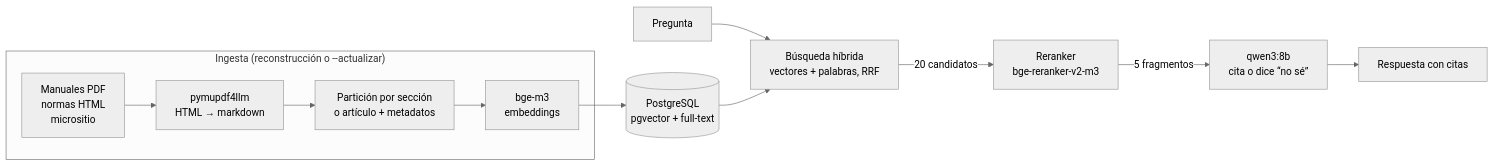
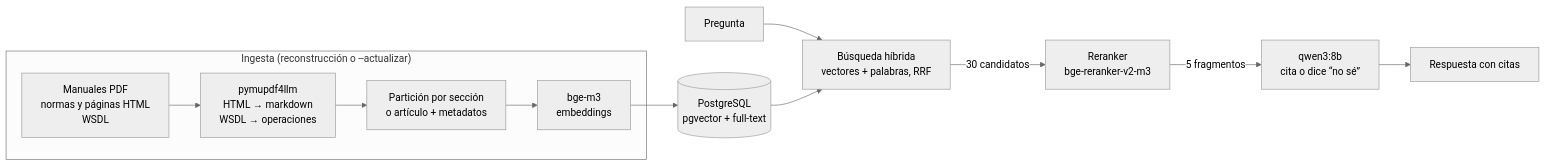
One commit to pat0nsio/RArca changed the diagram in README.md. Above: the diagram before and after it, drawn with Mermaid (neutral theme). The commit also changed other lines of this file and 16 other files, not shown here.

````diff
--- a/README.md
+++ b/README.md
@@ -45,14 +63,14 @@
 ```mermaid
 flowchart LR
   subgraph Ingesta["Ingesta (reconstrucción o --actualizar)"]
-    F[Manuales PDF<br>normas HTML<br>micrositio] --> X[pymupdf4llm<br>HTML → markdown]
+    F[Manuales PDF<br>normas y páginas HTML<br>WSDL] --> X[pymupdf4llm<br>HTML → markdown<br>WSDL → operaciones]
     X --> P[Partición por sección<br>o artículo + metadatos]
     P --> E[bge-m3<br>embeddings]
   end
   E --> DB[(PostgreSQL<br>pgvector + full-text)]
   Q[Pregunta] --> H[Búsqueda híbrida<br>vectores + palabras, RRF]
   DB --> H
-  H -->|20 candidatos| R[Reranker<br>bge-reranker-v2-m3]
+  H -->|30 candidatos| R[Reranker<br>bge-reranker-v2-m3]
   R -->|5 fragmentos| G[qwen3:8b<br>cita o dice “no sé”]
   G --> A[Respuesta con citas]
 ```
````
